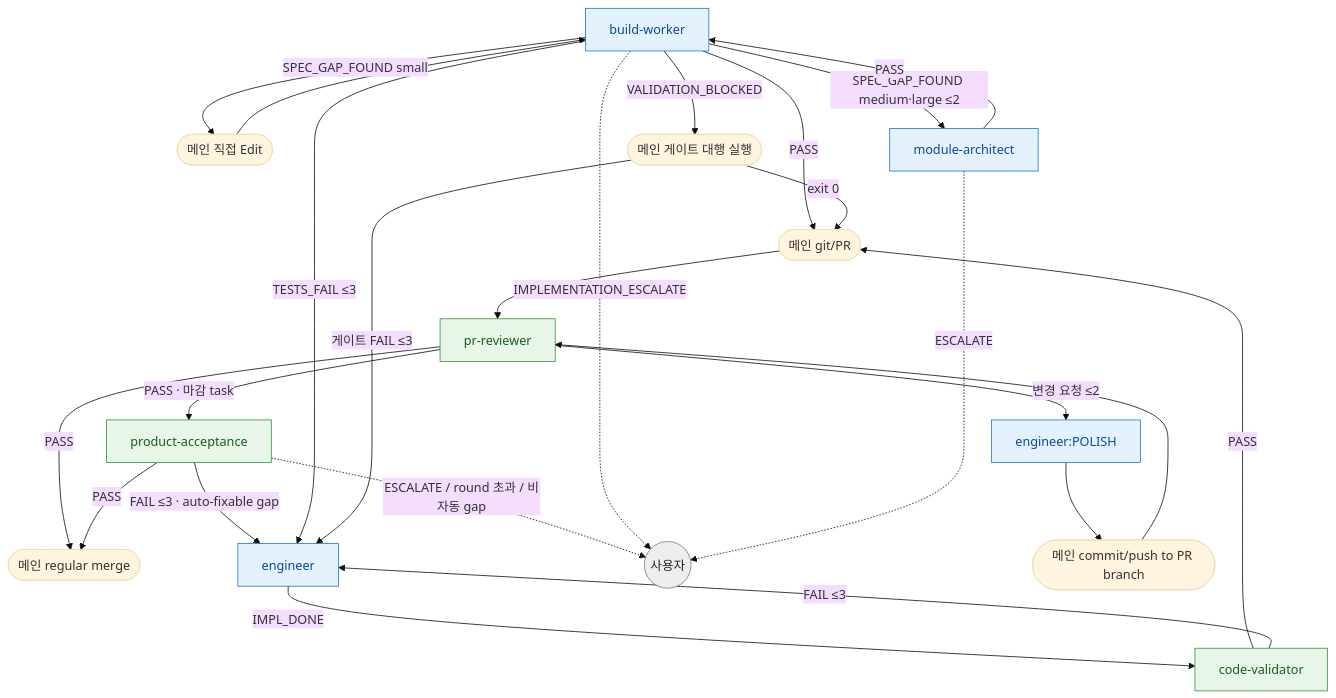
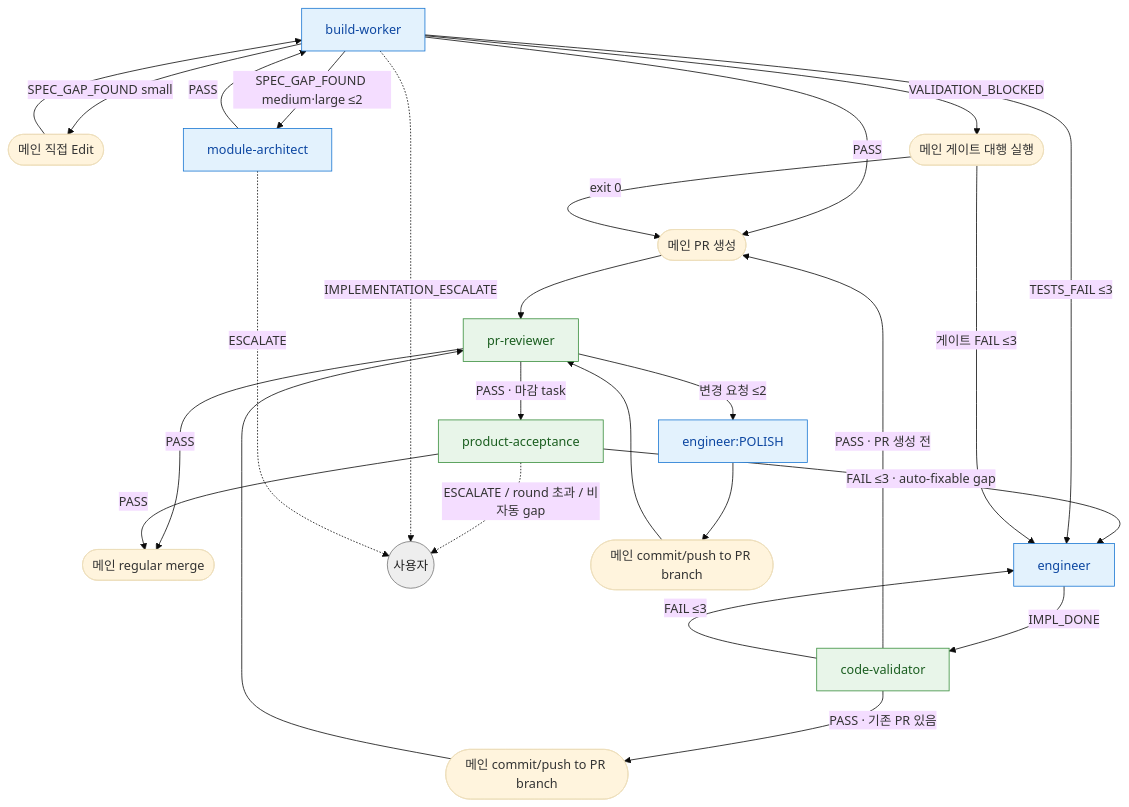
Before and after one commit to alruminum/dcNess: the second of 2 diagrams in skills/impl-loop/impl-loop-routing.md, drawn with Mermaid (base theme). The commit also changed other lines of this file and 1 other file, not shown here.

Commit message:
[issue-719] 리뷰 반영 4 — 엔진 B acceptance gap 재진입 정합
## 관련 이슈 번호
#719

## 작업내용
- 엔진 B(build-worker) run 시작과 next-task 전환에도 --design-doc <task impl 문서> 기록을 명시해 worker fallback 및 마감 acceptance FAIL 이후 engineer:IMPL 재진입이 engineer gate prerequisite 를 충족하도록 교정했습니다.
- 마감 acceptance FAIL 라우팅에 --design-doc prerequisite 사용 사실을 명시했습니다.
- 엔진 B mermaid 에서 PR 생성 전 경로와 기존 PR 브랜치 commit/push 경로를 분리해 gap fix 후 새 PR 생성처럼 읽히는 오독을 줄였습니다.

## Test Plan
- [x] node scripts/check_cross_refs.mjs PASS
- [x] node scripts/check_public_surface.mjs PASS
- [x] node scripts/check_plugin_manifest.mjs PASS
- [x] git diff --check PASS

````diff
--- a/skills/impl-loop/impl-loop-routing.md
+++ b/skills/impl-loop/impl-loop-routing.md
@@ -54,27 +54,28 @@
 ```mermaid
 flowchart TB
-  BW[build-worker] -->|PASS| MG([메인 git/PR]) --> PR2[pr-reviewer]
+  BW[build-worker] -->|PASS| MG([메인 PR 생성]) --> PR2[pr-reviewer]
   PR2 -->|PASS| M2([메인 regular merge])
   PR2 -->|PASS · 마감 task| PA2[product-acceptance]
   PA2 -->|PASS| M2
   PA2 -->|FAIL ≤3 · auto-fixable gap| EN2
   PA2 -.->|ESCALATE / round 초과 / 비자동 gap| U2
   PR2 -->|변경 요청 ≤2| ENP2[engineer:POLISH] --> MGP([메인 commit/push to PR branch]) --> PR2
   BW -->|SPEC_GAP_FOUND small| ME([메인 직접 Edit]) --> BW
   BW -->|SPEC_GAP_FOUND medium·large ≤2| MA2[module-architect] -->|PASS| BW
   BW -->|TESTS_FAIL ≤3| EN2[engineer] -->|IMPL_DONE| CV2[code-validator]
-  CV2 -->|PASS| MG
+  CV2 -->|PASS · PR 생성 전| MG
+  CV2 -->|PASS · 기존 PR 있음| MGF([메인 commit/push to PR branch]) --> PR2
   CV2 -->|FAIL ≤3| EN2
   BW -->|VALIDATION_BLOCKED| GV([메인 게이트 대행 실행])
   GV -->|exit 0| MG
   GV -->|게이트 FAIL ≤3| EN2
   BW -.->|IMPLEMENTATION_ESCALATE| U2((사용자))
   MA2 -.->|ESCALATE| U2
 
   classDef produce fill:#e3f2fd,stroke:#1976d2,color:#0d47a1
   classDef verify fill:#e8f5e9,stroke:#388e3c,color:#1b5e20
   classDef user fill:#eeeeee,stroke:#757575,color:#212121
   class BW,EN2,ENP2,MA2 produce
   class PR2,CV2,PA2 verify
   class U2 user
 ```
````
